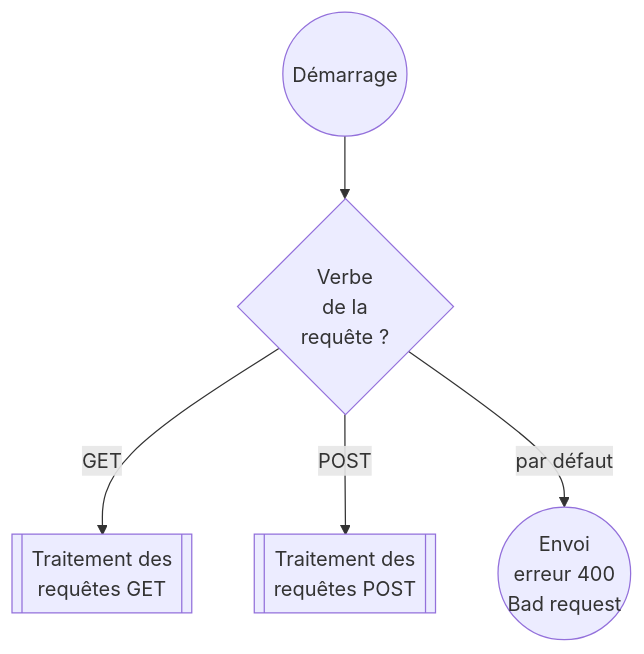
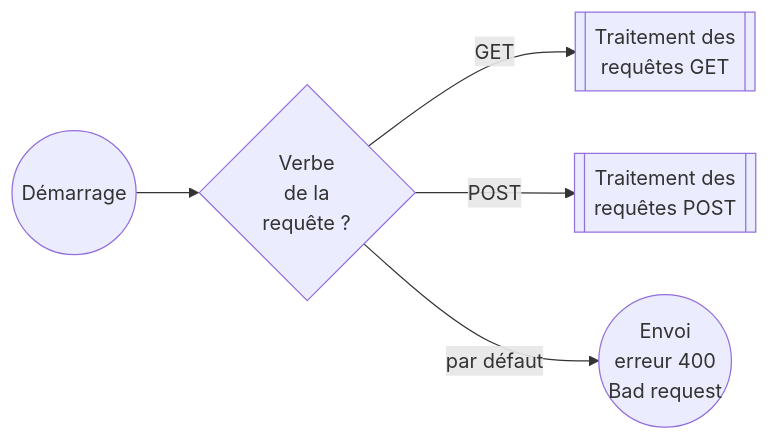
One commit to Alexis-LF/projet-site-securise changed the fourth of 9 diagrams in BACK_END/README.md. Above: the diagram before and after it, drawn with Mermaid.

Commit message:
LR verbe requête

````diff
--- a/BACK_END/README.md
+++ b/BACK_END/README.md
@@ -274,13 +274,13 @@
 ```mermaid
 
-flowchart TD
+flowchart LR
 
     %% racine
     id1((Démarrage))
     id1-->	id2{Verbe\nde la\nrequête ?};
 
     id2--GET-->	        id3[[ Traitement des\nrequêtes GET]];
     id2--POST-->	      id4[[ Traitement des\nrequêtes POST]];
     id2--par défaut-->	id5((Envoi\nerreur 400\nBad request));
    
 ```
````
